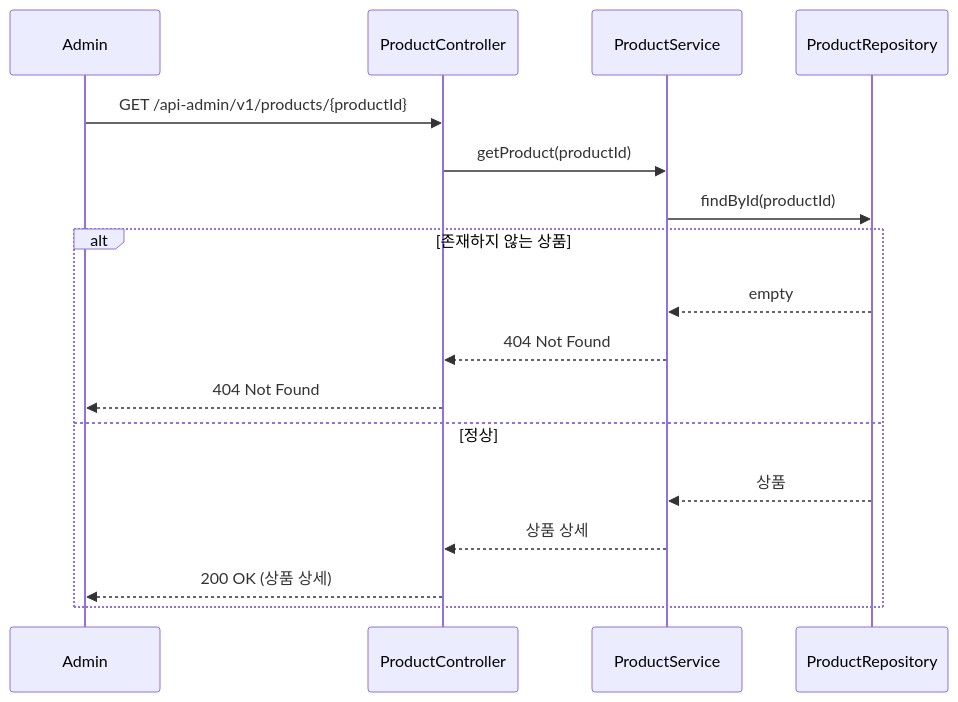
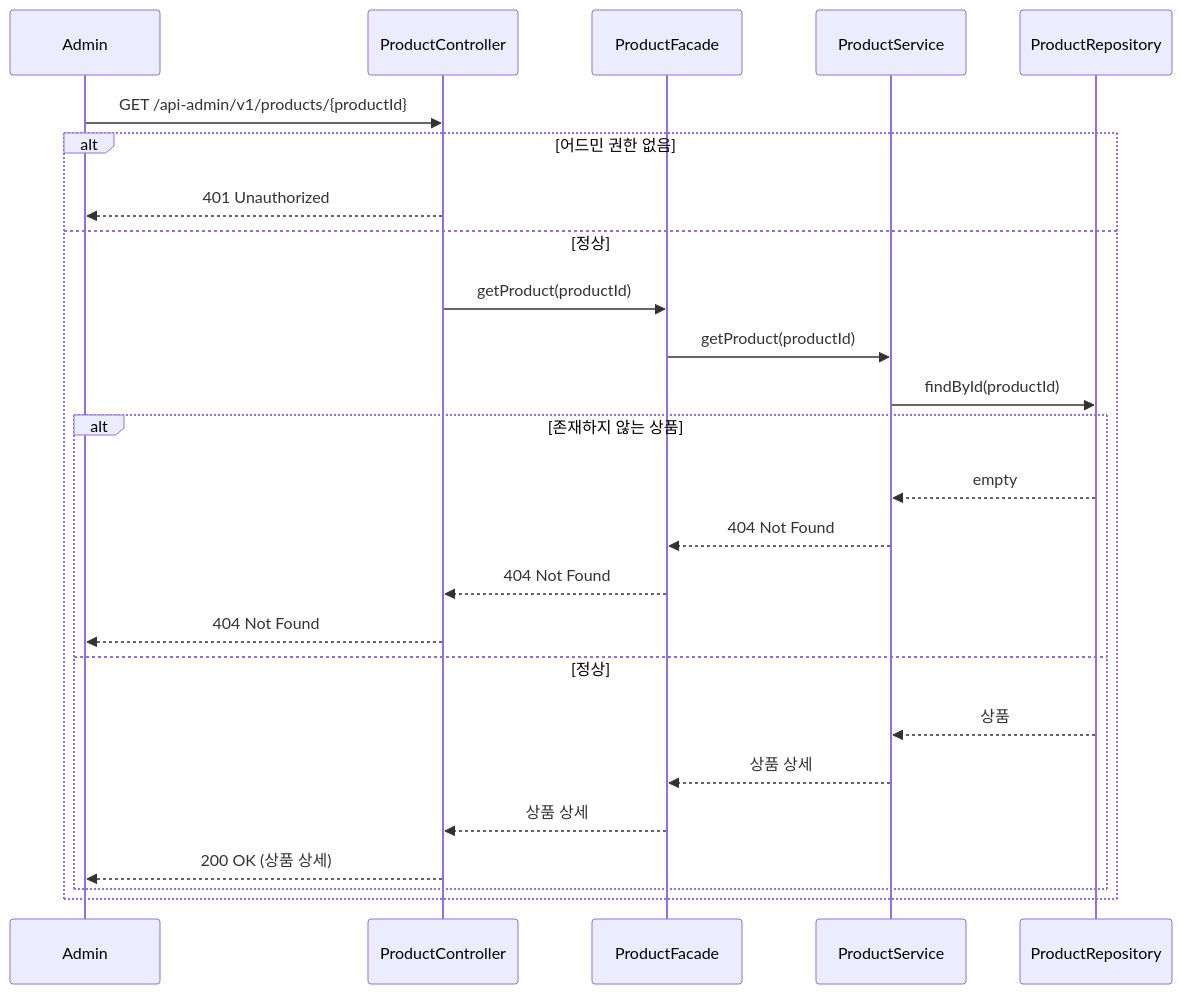
Diagram 12 of 33 in .docs/design/sequence-diagrams.md (loopers-labs/loop-pack-be-l2-vol4-java), drawn with Mermaid before and after one commit. The commit also changed other lines of this file, not shown here.

Commit message:
fix: 시퀀스 다이어그램 파사드 추가

````diff
--- a/.docs/design/sequence-diagrams.md
+++ b/.docs/design/sequence-diagrams.md
@@ -282,21 +325,28 @@
 ```mermaid
 sequenceDiagram
     participant Admin
     participant ProductController
+    participant ProductFacade
     participant ProductService
     participant ProductRepository
 
     Admin->>ProductController: GET /api-admin/v1/products/{productId}
-    ProductController->>ProductService: getProduct(productId)
-    ProductService->>ProductRepository: findById(productId)
-
-    alt 존재하지 않는 상품
-        ProductRepository-->>ProductService: empty
-        ProductService-->>ProductController: 404 Not Found
-        ProductController-->>Admin: 404 Not Found
+    alt 어드민 권한 없음
+        ProductController-->>Admin: 401 Unauthorized
     else 정상
-        ProductRepository-->>ProductService: 상품
-        ProductService-->>ProductController: 상품 상세
-        ProductController-->>Admin: 200 OK (상품 상세)
+        ProductController->>ProductFacade: getProduct(productId)
+        ProductFacade->>ProductService: getProduct(productId)
+        ProductService->>ProductRepository: findById(productId)
+        alt 존재하지 않는 상품
+            ProductRepository-->>ProductService: empty
+            ProductService-->>ProductFacade: 404 Not Found
+            ProductFacade-->>ProductController: 404 Not Found
+            ProductController-->>Admin: 404 Not Found
+        else 정상
+            ProductRepository-->>ProductService: 상품
+            ProductService-->>ProductFacade: 상품 상세
+            ProductFacade-->>ProductController: 상품 상세
+            ProductController-->>Admin: 200 OK (상품 상세)
+        end
     end
 ```
````
